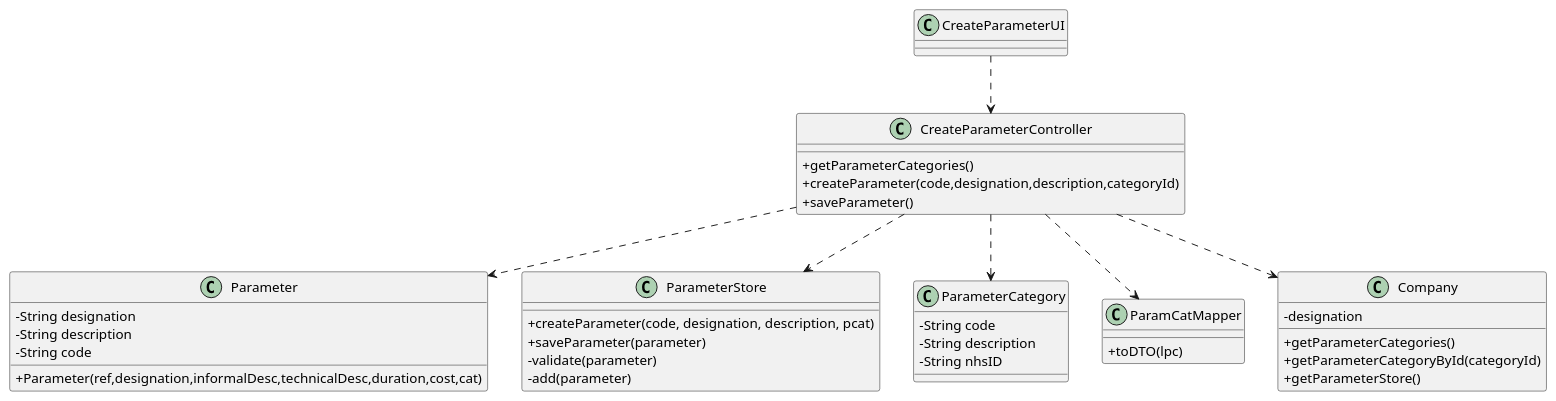
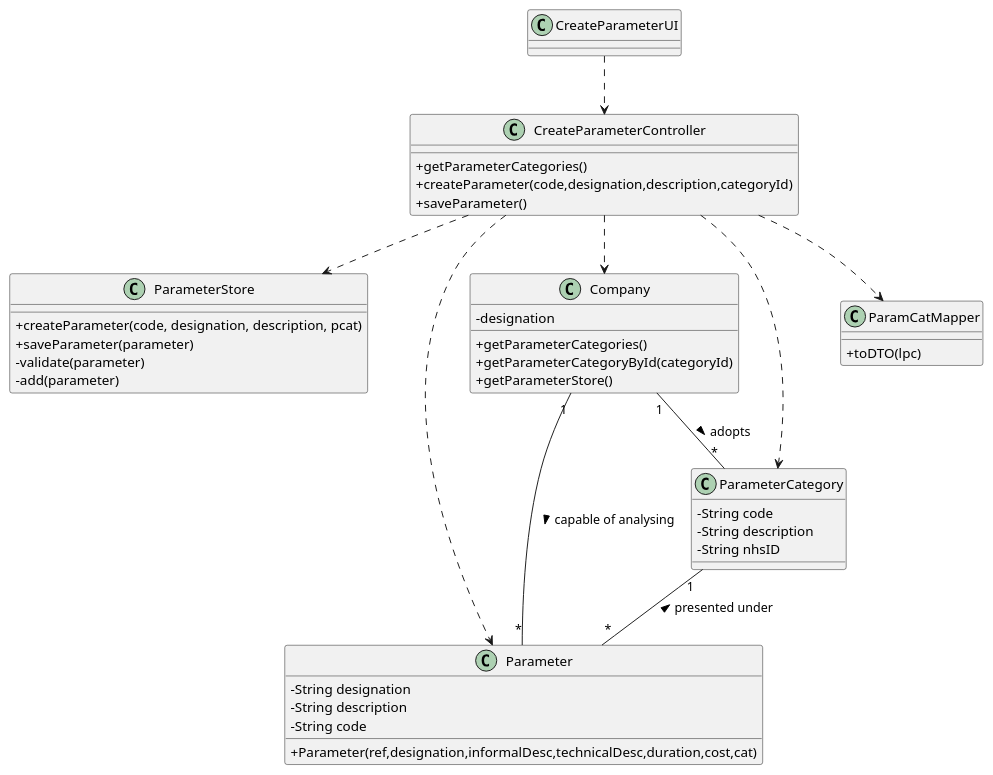
The diagram in docs/SprintB/US10/US10-CD.puml (0franciscor/lei-21-s2-1de-g19), drawn with PlantUML before and after one commit. The commit also changed 1 other file, not shown here.

```diff
--- a/docs/SprintB/US10/US10-CD.puml
+++ b/docs/SprintB/US10/US10-CD.puml
@@ -1,53 +1,62 @@
 @startuml
 skinparam classAttributeIconSize 0
+
+
+class ParameterStore{
+  +createParameter(code, designation, description, pcat)
+  +saveParameter(parameter)
+  -validate(parameter)
+  -add(parameter)
+}
+
 
 class Parameter {
   - String designation
   - String description
   - String code
   +Parameter(ref,designation,informalDesc,technicalDesc,duration,cost,cat)
 }
 
-class ParameterStore{
-  +createParameter(code, designation, description, pcat)
-  +saveParameter(parameter)
-  -validate(parameter)
-  -add(parameter)
+class Company {
+  -designation
+  +getParameterCategories()
+  +getParameterCategoryById(categoryId)
+  +getParameterStore()
 }
 
 class ParameterCategory {
   -String code
   -String description
   -String nhsID
 }
 
+
+
 class ParamCatMapper{
   +toDTO(lpc)
 }
 
-class Company {
-  -designation
-  +getParameterCategories()
-  +getParameterCategoryById(categoryId)
-  +getParameterStore()
-}
 
 class CreateParameterController {
   +getParameterCategories()
   +createParameter(code,designation,description,categoryId)
   +saveParameter()
 }
 
 class CreateParameterUI {
 }
 
 CreateParameterUI ..> CreateParameterController
 CreateParameterController ..> ParameterCategory
 CreateParameterController ..> ParamCatMapper
 CreateParameterController ..> Parameter
 CreateParameterController ..> Company
 CreateParameterController ..> ParameterStore
 
+Company "1" -- "*" Parameter : > capable of analysing
+Company "1" -- "*" ParameterCategory : > adopts
+ParameterCategory "1" -- "*" Parameter : < presented under
+
 
 
 @enduml
```
